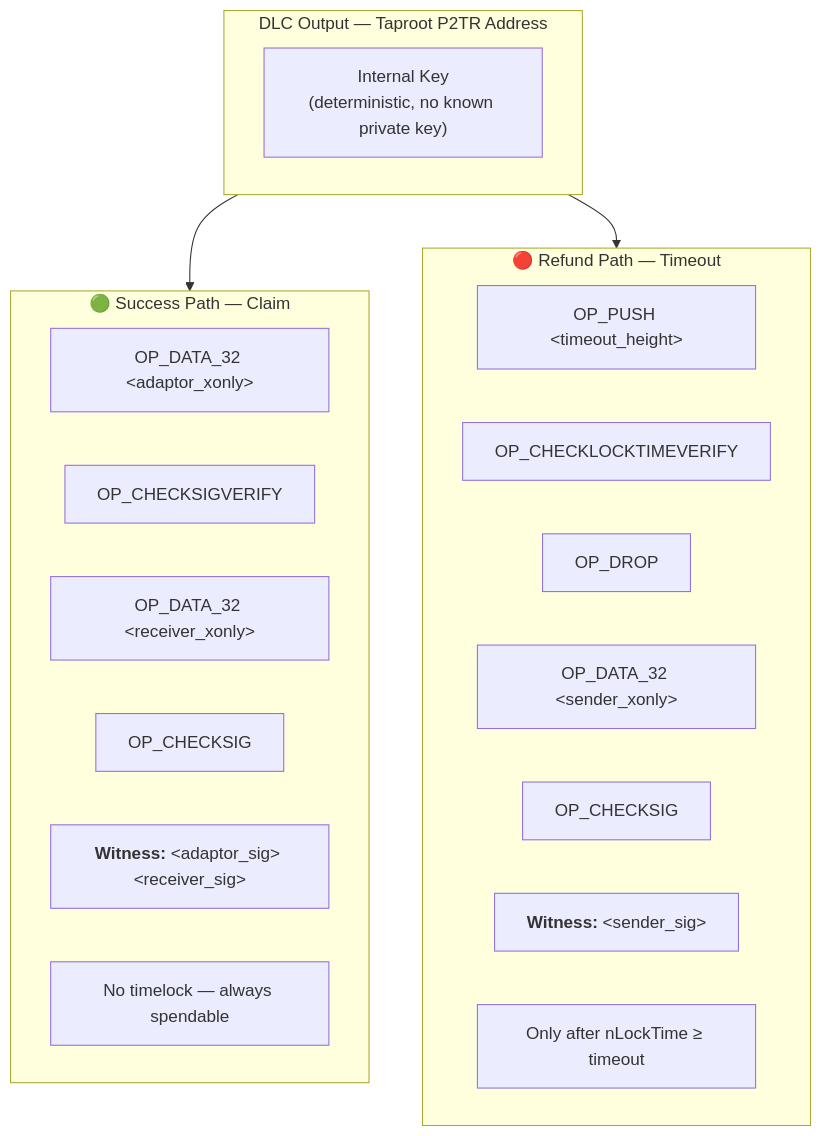
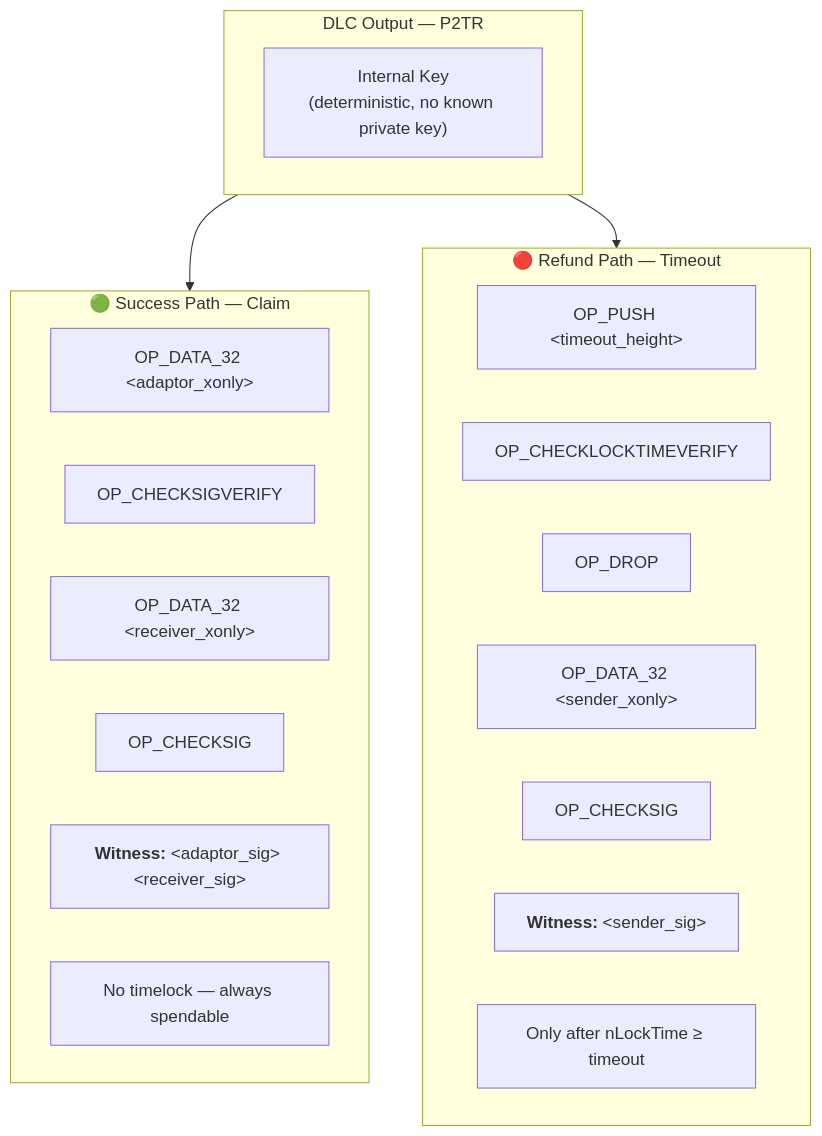
One commit to the-lonely-bit/taproot-based_discreet_log_contracts changed the third of 5 diagrams in README.md. Above: the diagram before and after it, drawn with Mermaid. The commit also changed other lines of this file, not shown here.

````diff
--- a/README.md
+++ b/README.md
@@ -307,28 +298,28 @@
 ```mermaid
 flowchart TD
-    subgraph P2TR["DLC Output — Taproot P2TR Address"]
+    subgraph P2TR["DLC Output — P2TR"]
         IK["Internal Key<br/>(deterministic, no known private key)"]
     end
 
     P2TR --> SUCCESS
     P2TR --> REFUND
 
     subgraph SUCCESS["🟢 Success Path — Claim"]
         S1["OP_DATA_32 &lt;adaptor_xonly&gt;"]
         S2["OP_CHECKSIGVERIFY"]
         S3["OP_DATA_32 &lt;receiver_xonly&gt;"]
         S4["OP_CHECKSIG"]
         S5["<b>Witness:</b> &lt;adaptor_sig&gt; &lt;receiver_sig&gt;"]
         S6["No timelock — always spendable"]
     end
 
     subgraph REFUND["🔴 Refund Path — Timeout"]
         R1["OP_PUSH &lt;timeout_height&gt;"]
         R2["OP_CHECKLOCKTIMEVERIFY"]
         R3["OP_DROP"]
         R4["OP_DATA_32 &lt;sender_xonly&gt;"]
         R5["OP_CHECKSIG"]
         R6["<b>Witness:</b> &lt;sender_sig&gt;"]
         R7["Only after nLockTime ≥ timeout"]
     end
 ```
````
